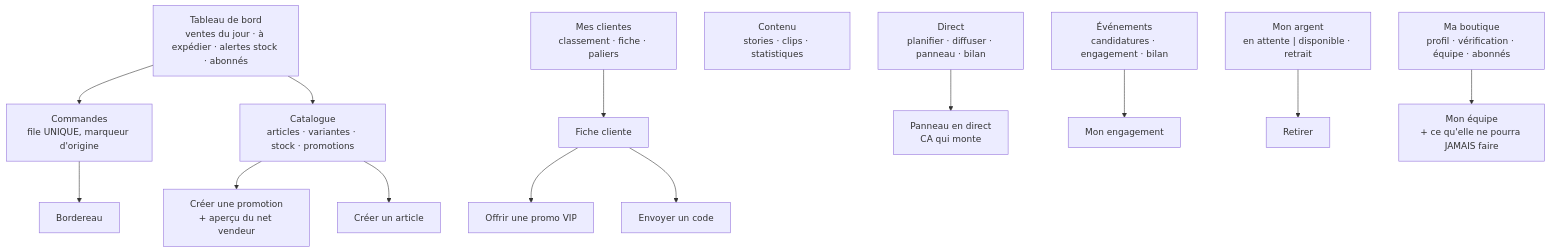
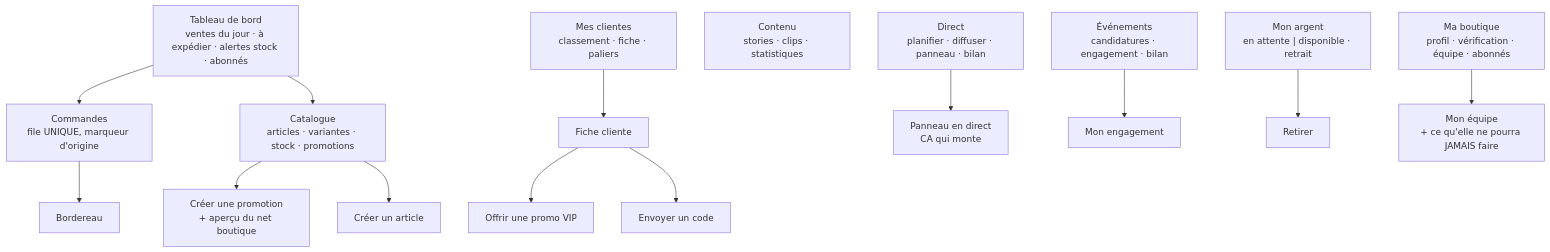
One commit to andokevin/jp changed the fourth of 4 diagrams in docs/JP_CONCEPTION_APP.md. Above: the diagram before and after it, drawn with Mermaid. The commit also changed other lines of this file and 58 other files, not shown here.

````diff
--- a/docs/JP_CONCEPTION_APP.md
+++ b/docs/JP_CONCEPTION_APP.md
@@ -300,25 +311,25 @@
 ```mermaid
 flowchart TD
     TB["Tableau de bord<br/>ventes du jour · à expédier · alertes stock · abonnés"]
     CATA["Catalogue<br/>articles · variantes · stock · promotions"]
     DIR["Direct<br/>planifier · diffuser · panneau · bilan"]
     CONT["Contenu<br/>stories · clips · statistiques"]
     CMD["Commandes<br/>file UNIQUE, marqueur d'origine"]
     CLI["Mes clientes<br/>classement · fiche · paliers"]
     EVT["Événements<br/>candidatures · engagement · bilan"]
     ARG["Mon argent<br/>en attente | disponible · retrait"]
     BOU["Ma boutique<br/>profil · vérification · équipe · abonnés"]
 
     TB --> CMD
     TB --> CATA
-    CATA --> PROMO["Créer une promotion<br/>+ aperçu du net vendeur"]
+    CATA --> PROMO["Créer une promotion<br/>+ aperçu du net boutique"]
     CATA --> ART["Créer un article"]
     CMD --> BORD["Bordereau"]
     CLI --> FICHECLI["Fiche cliente"]
     FICHECLI --> PROMOVIP["Offrir une promo VIP"]
     FICHECLI --> CODE["Envoyer un code"]
     DIR --> PANNEAU["Panneau en direct<br/>CA qui monte"]
     EVT --> ENGAG["Mon engagement"]
     ARG --> RETRAIT["Retirer"]
     BOU --> EQUIPE["Mon équipe<br/>+ ce qu'elle ne pourra JAMAIS faire"]
 ```
````
